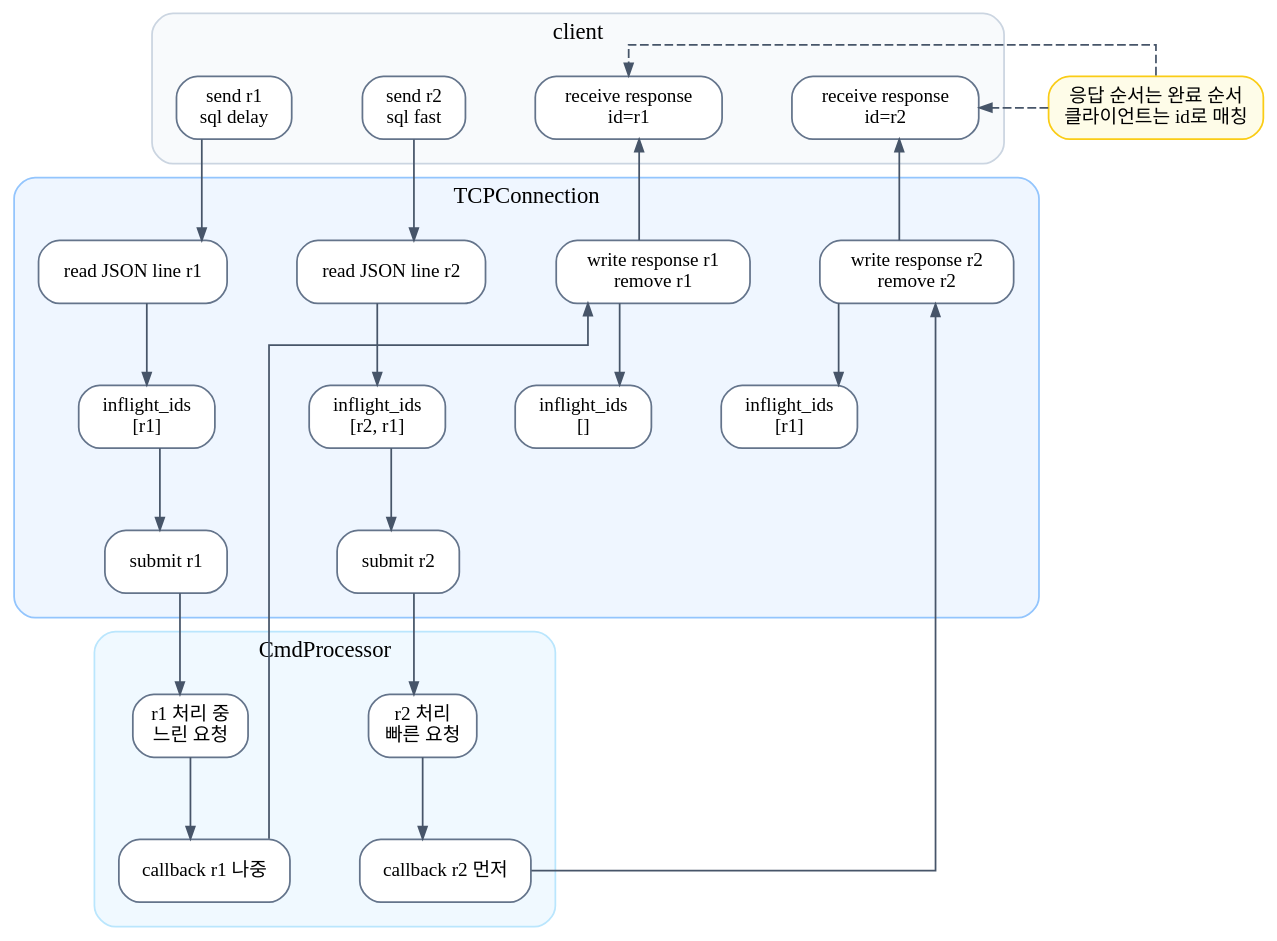
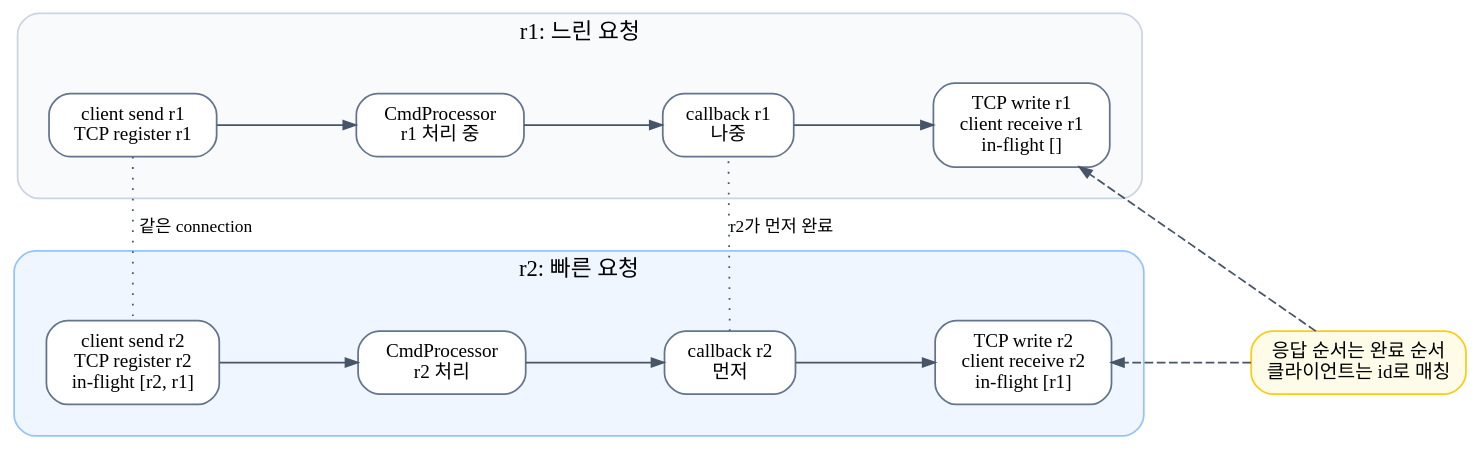
One commit to Wish-Upon-A-Star/SQL-B-Tree changed the diagram in docs/sijun-yang/diagrams/004_tcp_multi_request_inflight_flow.dot. Above: the diagram before and after it, drawn with Graphviz. The commit also changed 5 other files, not shown here.

Commit message:
docs: refine cmd processor diagrams

```diff
--- a/docs/sijun-yang/diagrams/004_tcp_multi_request_inflight_flow.dot
+++ b/docs/sijun-yang/diagrams/004_tcp_multi_request_inflight_flow.dot
@@ -1,90 +1,72 @@
 digraph TcpMultiRequestInflightFlow {
     graph [
         rankdir=TB,
         compound=true,
         nodesep=0.55,
-        ranksep=0.65,
-        splines=ortho,
+        ranksep=0.8,
+        splines=line,
+        newrank=true,
         pad=0.2,
         bgcolor="transparent"
     ];
 
     node [
         shape=box,
         style="rounded,filled",
         fillcolor="white",
         color="#64748b",
         fontname="Pretendard",
         fontsize=11,
         margin="0.14,0.09"
     ];
 
     edge [
         color="#475569",
         fontname="Pretendard",
         fontsize=10,
         arrowsize=0.7
     ];
 
-    subgraph cluster_client {
-        label="client";
+    subgraph cluster_r1 {
+        label="r1: 느린 요청";
         style="rounded,filled";
         color="#cbd5e1";
         fillcolor="#f8fafc";
         fontname="Pretendard";
         fontsize=13;
-        margin=14;
+        margin=18;
 
-        send_r1 [label="send r1\nsql delay"];
-        send_r2 [label="send r2\nsql fast"];
-        recv_r2 [label="receive response\nid=r2"];
-        recv_r1 [label="receive response\nid=r1"];
+        r1_start [label="client send r1\nTCP register r1"];
+        r1_proc [label="CmdProcessor\nr1 처리 중"];
+        r1_cb [label="callback r1\n나중"];
+        r1_done [label="TCP write r1\nclient receive r1\nin-flight []"];
     }
 
-    subgraph cluster_tcp {
-        label="TCPConnection";
+    subgraph cluster_r2 {
+        label="r2: 빠른 요청";
         style="rounded,filled";
         color="#93c5fd";
         fillcolor="#eff6ff";
         fontname="Pretendard";
         fontsize=13;
-        margin=14;
+        margin=18;
 
-        read_r1 [label="read JSON line r1"];
-        add_r1 [label="inflight_ids\n[r1]"];
-        submit_r1 [label="submit r1"];
-        read_r2 [label="read JSON line r2"];
-        add_r2 [label="inflight_ids\n[r2, r1]"];
-        submit_r2 [label="submit r2"];
-        write_r2 [label="write response r2\nremove r2"];
-        left_r1 [label="inflight_ids\n[r1]"];
-        write_r1 [label="write response r1\nremove r1"];
-        empty [label="inflight_ids\n[]"];
-    }
-
-    subgraph cluster_processor {
-        label="CmdProcessor";
-        style="rounded,filled";
-        color="#bae6fd";
-        fillcolor="#f0f9ff";
-        fontname="Pretendard";
-        fontsize=13;
-        margin=14;
-
-        run_r1 [label="r1 처리 중\n느린 요청"];
-        run_r2 [label="r2 처리\n빠른 요청"];
-        cb_r2 [label="callback r2 먼저"];
-        cb_r1 [label="callback r1 나중"];
+        r2_start [label="client send r2\nTCP register r2\nin-flight [r2, r1]"];
+        r2_proc [label="CmdProcessor\nr2 처리"];
+        r2_cb [label="callback r2\n먼저"];
+        r2_done [label="TCP write r2\nclient receive r2\nin-flight [r1]"];
     }
 
     note [label="응답 순서는 완료 순서\n클라이언트는 id로 매칭", fillcolor="#fefce8", color="#facc15"];
 
-    send_r1 -> read_r1 -> add_r1 -> submit_r1 -> run_r1;
-    send_r2 -> read_r2 -> add_r2 -> submit_r2 -> run_r2;
-    run_r2 -> cb_r2 -> write_r2 -> recv_r2;
-    write_r2 -> left_r1;
-    run_r1 -> cb_r1 -> write_r1 -> recv_r1;
-    write_r1 -> empty;
-    note -> recv_r2 [style=dashed, constraint=false];
-    note -> recv_r1 [style=dashed, constraint=false];
+    { rank=same; r1_start; r1_proc; r1_cb; r1_done; }
+    { rank=same; r2_start; r2_proc; r2_cb; r2_done; note; }
+
+    r1_start -> r1_proc -> r1_cb -> r1_done;
+    r2_start -> r2_proc -> r2_cb -> r2_done;
+
+    r1_start -> r2_start [style=dotted, arrowhead=none, label="같은 connection"];
+    r2_cb -> r1_cb [style=dotted, arrowhead=none, label="r2가 먼저 완료"];
+    note -> r2_done [style=dashed, constraint=false];
+    note -> r1_done [style=dashed, constraint=false];
 }
```
